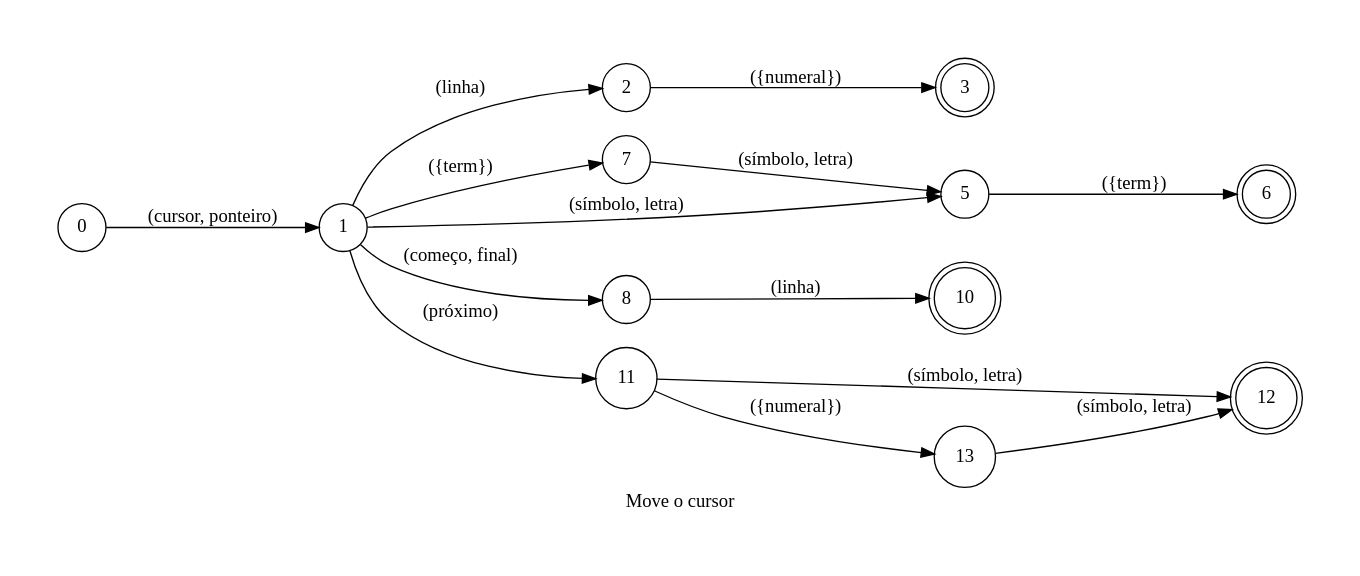
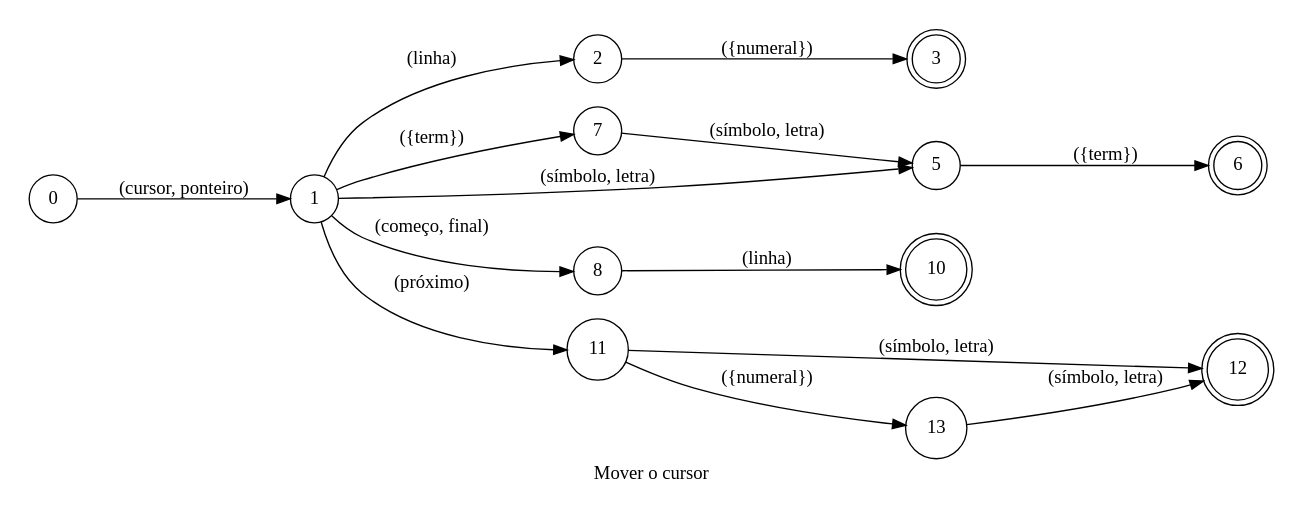
The diagram in spoken/src/modules/typescript/cursor/phrase_pt-BR.dot (pedrooaugusto/speech-to-code), drawn with Graphviz before and after one commit. The commit also changed 34 other files, not shown here.

```diff
--- a/spoken/src/modules/typescript/cursor/phrase_pt-BR.dot
+++ b/spoken/src/modules/typescript/cursor/phrase_pt-BR.dot
@@ -1,28 +1,28 @@
 digraph Cursor {
     id="cursor";
-    label="Move o cursor";
+    label="Mover o cursor";
     lang="pt-BR";
     langName="Português";
-    pad="0.5";
+    pad="0.2";
     rankdir=LR;
     node[shape=doublecircle]; 3 10 12 6;
     node[shape=circle];
 
     0 -> 1 [label="(cursor, ponteiro)"];
     1 -> 2 [label="(linha)"];
     2 -> 3 [label="({numeral})", store=line];
 
     {1 7} -> 5 [label="(símbolo, letra)"];
     1 -> 7 [label="({term})", store=leapSize, normalize="ordinalNumber"];
     5 -> 6 [label="({term})", store=symbol];
 
     1 -> 8 [label="(começo, final)", store=linePosition];
     8 -> 10 [label="(linha)"];
 
     1 -> 11 [label="(próximo)"];
     11 -> 13 [label="({numeral})", store=leapSize];
     {11 13} -> 12 [label="(símbolo, letra)"];
 
-    title="Move o cursor";
+    title="Mover o cursor";
     desc="Move o cursor para uma linha ou símbolo";
 }
```
